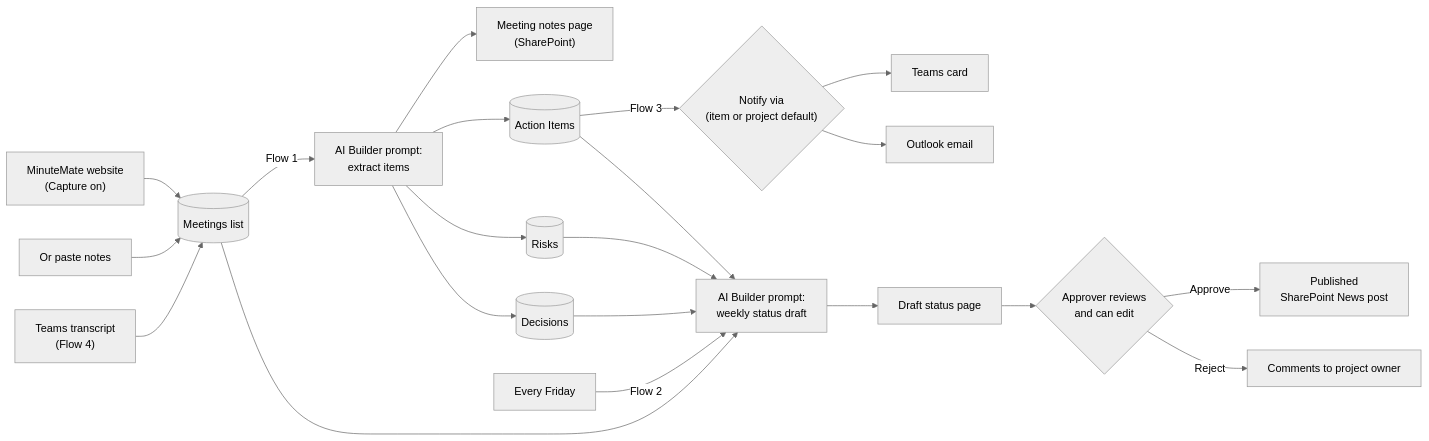
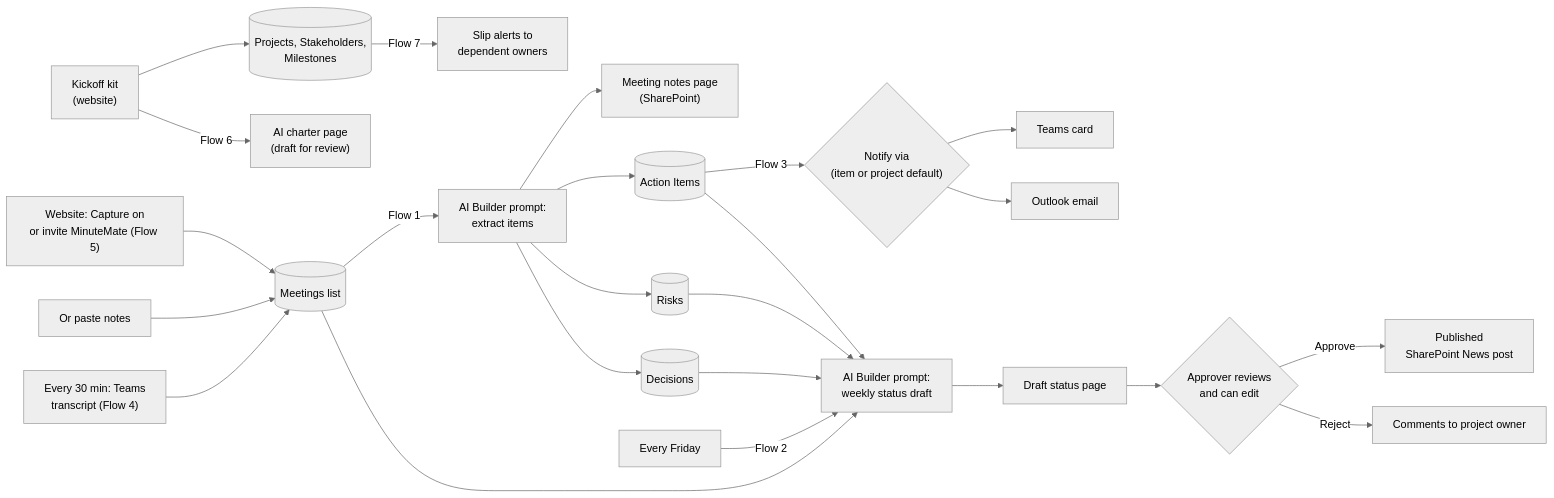
One commit to mayast/MinuteMate changed the diagram in docs/architecture.md. Above: the diagram before and after it, drawn with Mermaid (neutral theme). The commit also changed other lines of this file and 25 other files, not shown here.

First line of the commit message:
Phase 3 and 4: meeting capture rules, transcript sweeper, kickoff kit, timeline and tracker

````diff
--- a/docs/architecture.md
+++ b/docs/architecture.md
@@ -6,23 +6,26 @@
 ```mermaid
 flowchart LR
-    W["MinuteMate website<br/>(Capture on)"] --> M[("Meetings list")]
+    K["Kickoff kit<br/>(website)"] --> P[("Projects, Stakeholders,<br/>Milestones")]
+    K -->|Flow 6| CH["AI charter page<br/>(draft for review)"]
+    W["Website: Capture on<br/>or invite MinuteMate (Flow 5)"] --> M[("Meetings list")]
     PM["Or paste notes"] --> M
-    TR["Teams transcript<br/>(Flow 4)"] --> M
+    TR["Every 30 min: Teams<br/>transcript (Flow 4)"] --> M
+    P -->|Flow 7| SL["Slip alerts to<br/>dependent owners"]
     M -->|Flow 1| AI1["AI Builder prompt:<br/>extract items"]
     AI1 --> NP["Meeting notes page<br/>(SharePoint)"]
     AI1 --> A[("Action Items")]
     AI1 --> R[("Risks")]
     AI1 --> D[("Decisions")]
     A -->|Flow 3| N{"Notify via<br/>(item or project default)"}
     N --> T["Teams card"]
     N --> O["Outlook email"]
     S["Every Friday"] -->|Flow 2| AI2["AI Builder prompt:<br/>weekly status draft"]
     M --> AI2
     A --> AI2
     R --> AI2
     D --> AI2
     AI2 --> DP["Draft status page"]
     DP --> AP{"Approver reviews<br/>and can edit"}
     AP -->|Approve| NEWS["Published<br/>SharePoint News post"]
     AP -->|Reject| BACK["Comments to project owner"]
 ```
````
